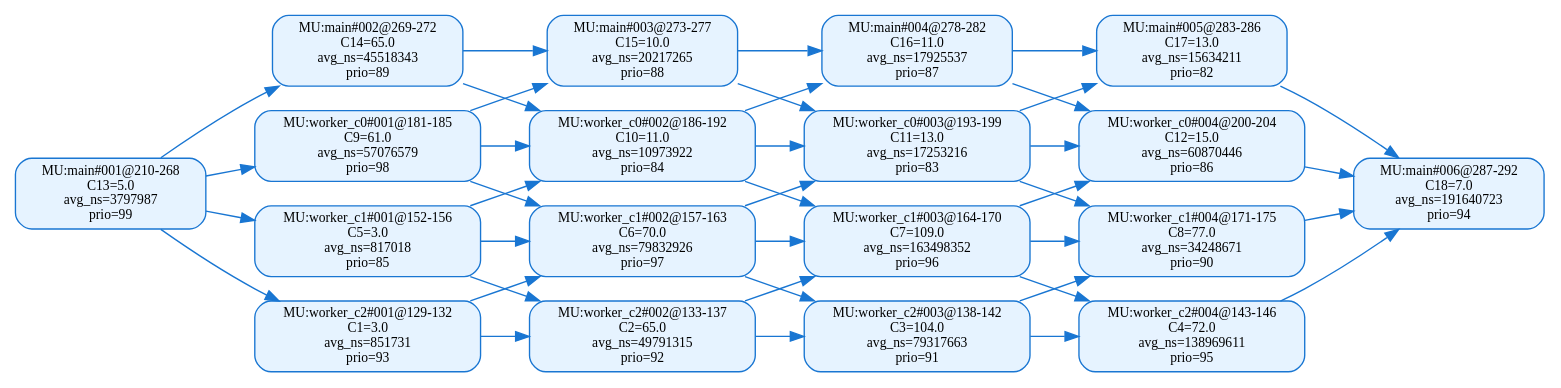
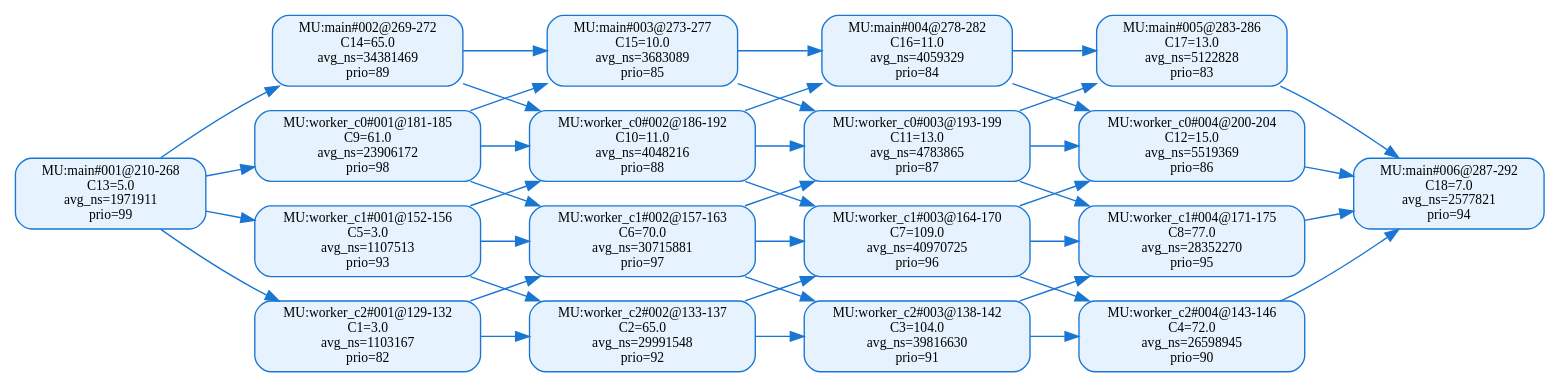
The diagram in 中间结果/zhang3/pipeline/validation/level2/effective_line_merge/cpf/dag_seg_annotated_value.dot (RTS-SYSU/DAG-Gen), drawn with Graphviz before and after one commit. The commit also changed 4464 other files, not shown here.

```diff
--- a/中间结果/zhang3/pipeline/validation/level2/effective_line_merge/cpf/dag_seg_annotated_value.dot
+++ b/中间结果/zhang3/pipeline/validation/level2/effective_line_merge/cpf/dag_seg_annotated_value.dot
@@ -1,61 +1,61 @@
 digraph dag_seg_annotated_value {
   rankdir=LR;
   node [shape=box, style="rounded,filled", fillcolor="#E6F3FF", color="#1976D2", fontsize=10];
   edge [color="#1976D2"];
-  "MU:main#001@210-268" [label="MU:main#001@210-268\nC13=5.0\navg_ns=3797987\nprio=99"];
-  "MU:main#002@269-272" [label="MU:main#002@269-272\nC14=65.0\navg_ns=45518343\nprio=89"];
-  "MU:main#003@273-277" [label="MU:main#003@273-277\nC15=10.0\navg_ns=20217265\nprio=88"];
-  "MU:main#004@278-282" [label="MU:main#004@278-282\nC16=11.0\navg_ns=17925537\nprio=87"];
-  "MU:main#005@283-286" [label="MU:main#005@283-286\nC17=13.0\navg_ns=15634211\nprio=82"];
-  "MU:main#006@287-292" [label="MU:main#006@287-292\nC18=7.0\navg_ns=191640723\nprio=94"];
-  "MU:worker_c0#001@181-185" [label="MU:worker_c0#001@181-185\nC9=61.0\navg_ns=57076579\nprio=98"];
-  "MU:worker_c0#002@186-192" [label="MU:worker_c0#002@186-192\nC10=11.0\navg_ns=10973922\nprio=84"];
-  "MU:worker_c0#003@193-199" [label="MU:worker_c0#003@193-199\nC11=13.0\navg_ns=17253216\nprio=83"];
-  "MU:worker_c0#004@200-204" [label="MU:worker_c0#004@200-204\nC12=15.0\navg_ns=60870446\nprio=86"];
-  "MU:worker_c1#001@152-156" [label="MU:worker_c1#001@152-156\nC5=3.0\navg_ns=817018\nprio=85"];
-  "MU:worker_c1#002@157-163" [label="MU:worker_c1#002@157-163\nC6=70.0\navg_ns=79832926\nprio=97"];
-  "MU:worker_c1#003@164-170" [label="MU:worker_c1#003@164-170\nC7=109.0\navg_ns=163498352\nprio=96"];
-  "MU:worker_c1#004@171-175" [label="MU:worker_c1#004@171-175\nC8=77.0\navg_ns=34248671\nprio=90"];
-  "MU:worker_c2#001@129-132" [label="MU:worker_c2#001@129-132\nC1=3.0\navg_ns=851731\nprio=93"];
-  "MU:worker_c2#002@133-137" [label="MU:worker_c2#002@133-137\nC2=65.0\navg_ns=49791315\nprio=92"];
-  "MU:worker_c2#003@138-142" [label="MU:worker_c2#003@138-142\nC3=104.0\navg_ns=79317663\nprio=91"];
-  "MU:worker_c2#004@143-146" [label="MU:worker_c2#004@143-146\nC4=72.0\navg_ns=138969611\nprio=95"];
+  "MU:main#001@210-268" [label="MU:main#001@210-268\nC13=5.0\navg_ns=1971911\nprio=99"];
+  "MU:main#002@269-272" [label="MU:main#002@269-272\nC14=65.0\navg_ns=34381469\nprio=89"];
+  "MU:main#003@273-277" [label="MU:main#003@273-277\nC15=10.0\navg_ns=3683089\nprio=85"];
+  "MU:main#004@278-282" [label="MU:main#004@278-282\nC16=11.0\navg_ns=4059329\nprio=84"];
+  "MU:main#005@283-286" [label="MU:main#005@283-286\nC17=13.0\navg_ns=5122828\nprio=83"];
+  "MU:main#006@287-292" [label="MU:main#006@287-292\nC18=7.0\navg_ns=2577821\nprio=94"];
+  "MU:worker_c0#001@181-185" [label="MU:worker_c0#001@181-185\nC9=61.0\navg_ns=23906172\nprio=98"];
+  "MU:worker_c0#002@186-192" [label="MU:worker_c0#002@186-192\nC10=11.0\navg_ns=4048216\nprio=88"];
+  "MU:worker_c0#003@193-199" [label="MU:worker_c0#003@193-199\nC11=13.0\navg_ns=4783865\nprio=87"];
+  "MU:worker_c0#004@200-204" [label="MU:worker_c0#004@200-204\nC12=15.0\navg_ns=5519369\nprio=86"];
+  "MU:worker_c1#001@152-156" [label="MU:worker_c1#001@152-156\nC5=3.0\navg_ns=1107513\nprio=93"];
+  "MU:worker_c1#002@157-163" [label="MU:worker_c1#002@157-163\nC6=70.0\navg_ns=30715881\nprio=97"];
+  "MU:worker_c1#003@164-170" [label="MU:worker_c1#003@164-170\nC7=109.0\navg_ns=40970725\nprio=96"];
+  "MU:worker_c1#004@171-175" [label="MU:worker_c1#004@171-175\nC8=77.0\navg_ns=28352270\nprio=95"];
+  "MU:worker_c2#001@129-132" [label="MU:worker_c2#001@129-132\nC1=3.0\navg_ns=1103167\nprio=82"];
+  "MU:worker_c2#002@133-137" [label="MU:worker_c2#002@133-137\nC2=65.0\navg_ns=29991548\nprio=92"];
+  "MU:worker_c2#003@138-142" [label="MU:worker_c2#003@138-142\nC3=104.0\navg_ns=39816630\nprio=91"];
+  "MU:worker_c2#004@143-146" [label="MU:worker_c2#004@143-146\nC4=72.0\navg_ns=26598945\nprio=90"];
   "MU:worker_c2#001@129-132" -> "MU:worker_c2#002@133-137";
   "MU:worker_c2#002@133-137" -> "MU:worker_c2#003@138-142";
   "MU:worker_c2#003@138-142" -> "MU:worker_c2#004@143-146";
   "MU:worker_c1#001@152-156" -> "MU:worker_c1#002@157-163";
   "MU:worker_c1#002@157-163" -> "MU:worker_c1#003@164-170";
   "MU:worker_c1#003@164-170" -> "MU:worker_c1#004@171-175";
   "MU:worker_c0#001@181-185" -> "MU:worker_c0#002@186-192";
   "MU:worker_c0#002@186-192" -> "MU:worker_c0#003@193-199";
   "MU:worker_c0#003@193-199" -> "MU:worker_c0#004@200-204";
   "MU:main#001@210-268" -> "MU:main#002@269-272";
   "MU:main#002@269-272" -> "MU:main#003@273-277";
   "MU:main#003@273-277" -> "MU:main#004@278-282";
   "MU:main#004@278-282" -> "MU:main#005@283-286";
   "MU:main#005@283-286" -> "MU:main#006@287-292";
   "MU:main#001@210-268" -> "MU:worker_c0#001@181-185";
   "MU:main#001@210-268" -> "MU:worker_c1#001@152-156";
   "MU:main#001@210-268" -> "MU:worker_c2#001@129-132";
   "MU:worker_c0#004@200-204" -> "MU:main#006@287-292";
   "MU:worker_c1#004@171-175" -> "MU:main#006@287-292";
   "MU:worker_c2#004@143-146" -> "MU:main#006@287-292";
   "MU:worker_c2#001@129-132" -> "MU:worker_c1#002@157-163";
   "MU:worker_c1#001@152-156" -> "MU:worker_c2#002@133-137";
   "MU:worker_c2#002@133-137" -> "MU:worker_c1#003@164-170";
   "MU:worker_c1#002@157-163" -> "MU:worker_c2#003@138-142";
   "MU:worker_c2#003@138-142" -> "MU:worker_c1#004@171-175";
   "MU:worker_c1#003@164-170" -> "MU:worker_c2#004@143-146";
   "MU:worker_c1#001@152-156" -> "MU:worker_c0#002@186-192";
   "MU:worker_c0#001@181-185" -> "MU:worker_c1#002@157-163";
   "MU:worker_c1#002@157-163" -> "MU:worker_c0#003@193-199";
   "MU:worker_c0#002@186-192" -> "MU:worker_c1#003@164-170";
   "MU:worker_c1#003@164-170" -> "MU:worker_c0#004@200-204";
   "MU:worker_c0#003@193-199" -> "MU:worker_c1#004@171-175";
   "MU:worker_c0#001@181-185" -> "MU:main#003@273-277";
   "MU:main#002@269-272" -> "MU:worker_c0#002@186-192";
   "MU:worker_c0#002@186-192" -> "MU:main#004@278-282";
   "MU:main#003@273-277" -> "MU:worker_c0#003@193-199";
   "MU:worker_c0#003@193-199" -> "MU:main#005@283-286";
   "MU:main#004@278-282" -> "MU:worker_c0#004@200-204";
 }
```
